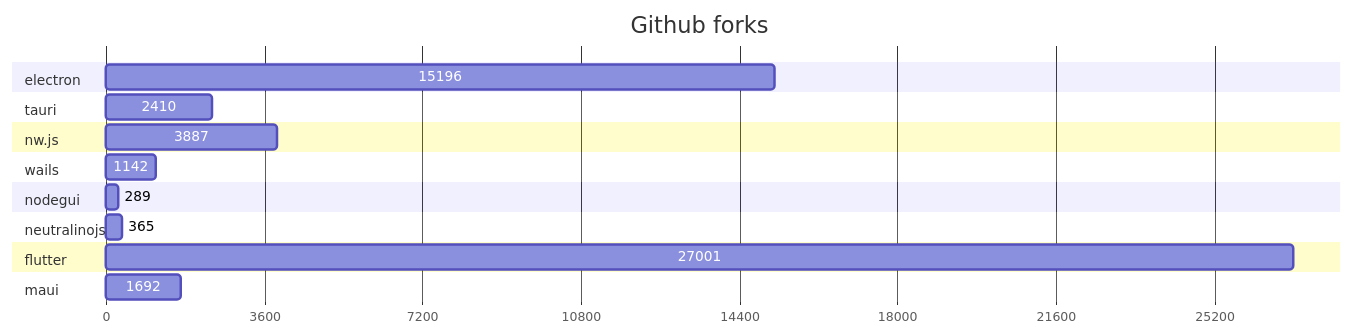
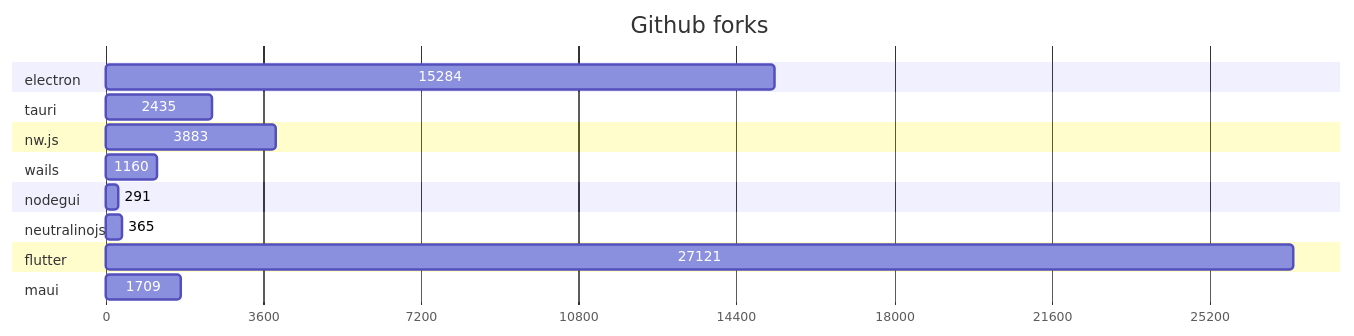
Before and after one commit to Elanis/web-to-desktop-framework-comparison: the second of 2 diagrams in GRAPHS.md, drawn with Mermaid. The commit also changed other lines of this file and 2 other files, not shown here.

````diff
--- a/GRAPHS.md
+++ b/GRAPHS.md
@@ -47,40 +47,40 @@
 ```mermaid
 gantt
     title Github forks
     dateFormat  X
     axisFormat %s
 
 
 	section electron
-	15196 : 0, 15196
+	15284 : 0, 15284
 
 	
 	section tauri
-	2410 : 0, 2410
+	2435 : 0, 2435
 
 	
 	section nw.js
-	3887 : 0, 3887
+	3883 : 0, 3883
 
 	
 	section wails
-	1142 : 0, 1142
+	1160 : 0, 1160
 
 	
 	section nodegui
-	289 : 0, 289
+	291 : 0, 291
 
 	
 	section neutralinojs
 	365 : 0, 365
 
 	
 	section flutter
-	27001 : 0, 27001
+	27121 : 0, 27121
 
 	
 	section maui
-	1692 : 0, 1692
+	1709 : 0, 1709
 
 	
 ```
````
